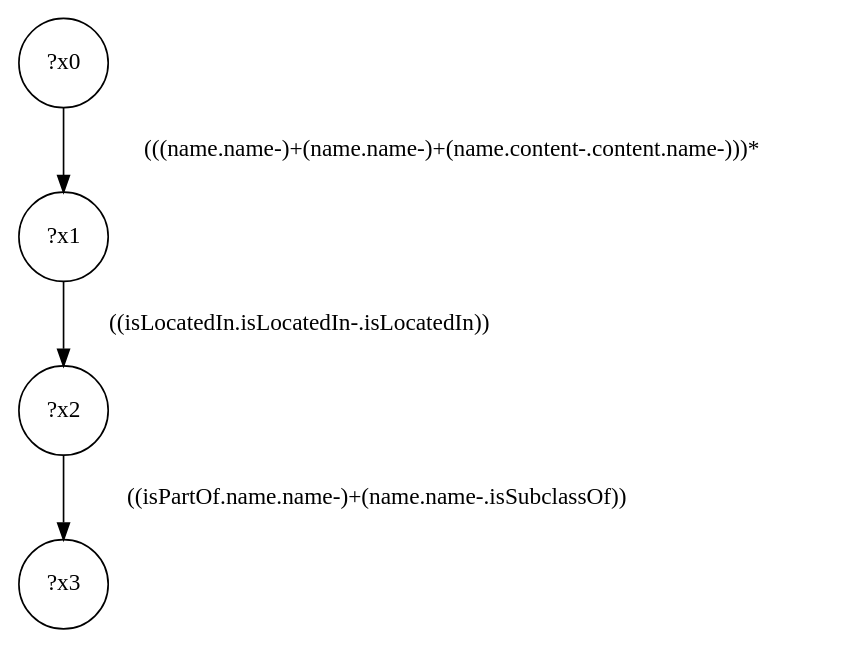
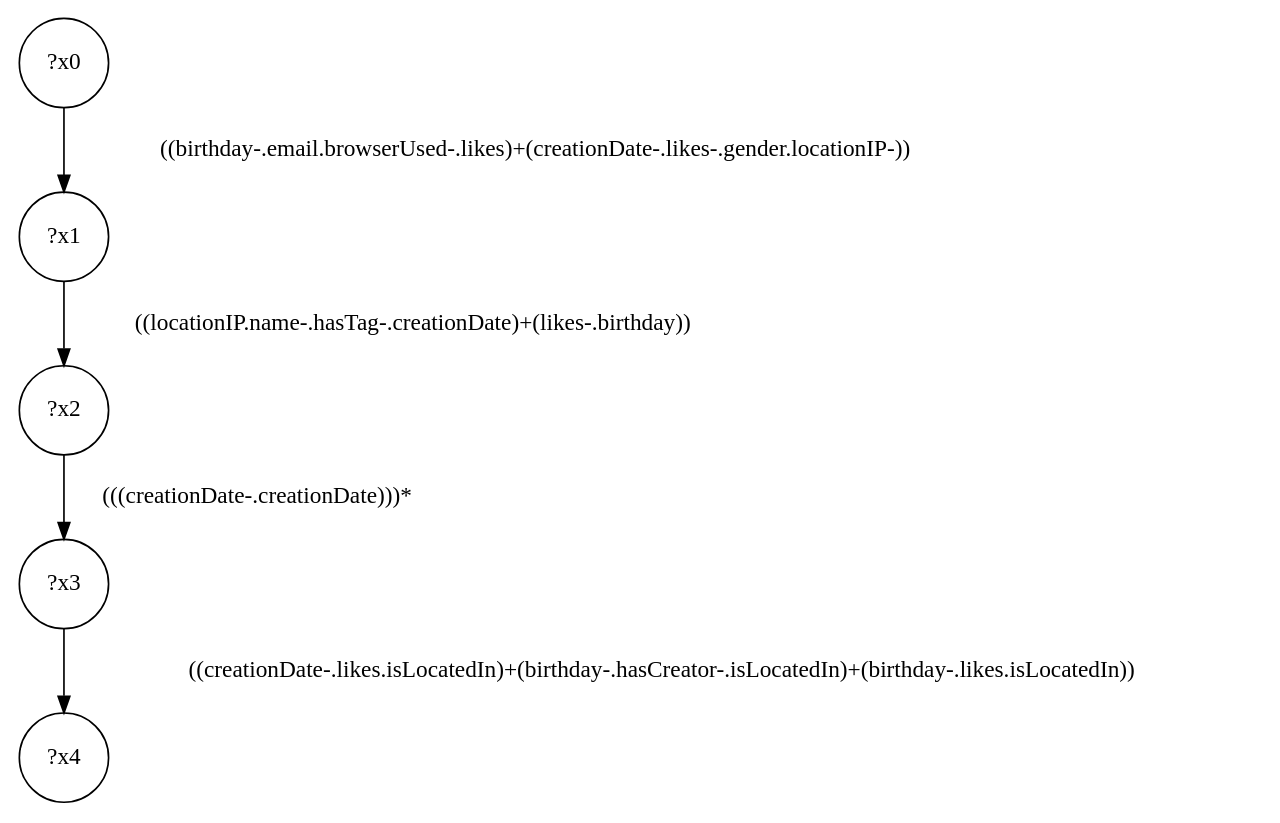
Before and after one commit to gbagan/gmark: the diagram in demo/social-a/social-a-interface/query-26.dot, drawn with Graphviz. The commit also changed 1418 other files, not shown here.

```diff
--- a/demo/social-a/social-a-interface/query-26.dot
+++ b/demo/social-a/social-a-interface/query-26.dot
@@ -1,9 +1,11 @@
 digraph g {
 	x0 [shape=circle, label="?x0"];
 	x1 [shape=circle, label="?x1"];
-	x0 -> x1 [label="(((name.name-)+(name.name-)+(name.content-.content.name-)))*"];
+	x0 -> x1 [label="((birthday-.email.browserUsed-.likes)+(creationDate-.likes-.gender.locationIP-))"];
 	x2 [shape=circle, label="?x2"];
-	x1 -> x2 [label="((isLocatedIn.isLocatedIn-.isLocatedIn))"];
+	x1 -> x2 [label="((locationIP.name-.hasTag-.creationDate)+(likes-.birthday))"];
 	x3 [shape=circle, label="?x3"];
-	x2 -> x3 [label="((isPartOf.name.name-)+(name.name-.isSubclassOf))"];
+	x2 -> x3 [label="(((creationDate-.creationDate)))*"];
+	x4 [shape=circle, label="?x4"];
+	x3 -> x4 [label="((creationDate-.likes.isLocatedIn)+(birthday-.hasCreator-.isLocatedIn)+(birthday-.likes.isLocatedIn))"];
 }
```
